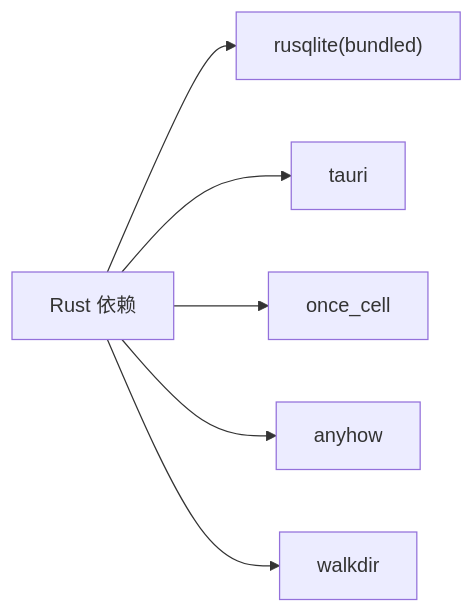
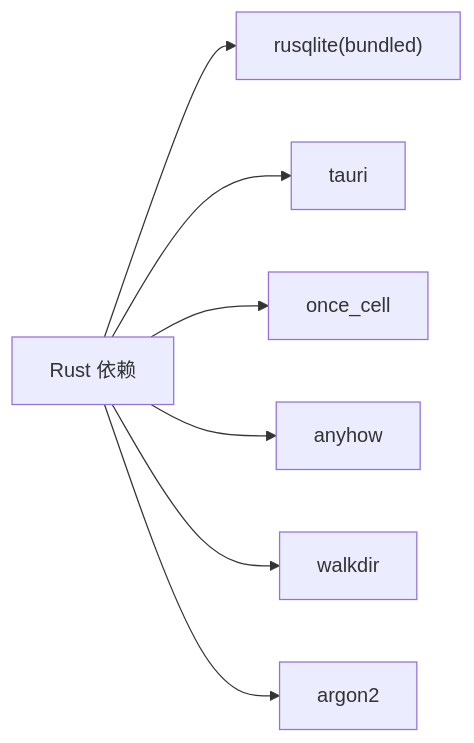
Before and after one commit to YLee9527/Medex: the sixth of 6 diagrams in doc/repowiki/zh/content/后端开发/数据库设计.md, drawn with Mermaid. The commit also changed other lines of this file and 31 other files, not shown here.

First line of the commit message:
docs(doc): 添加部署脚本、锁屏功能、发布指南及设置按钮图标文档

````diff
--- a/doc/repowiki/zh/content/后端开发/数据库设计.md
+++ b/doc/repowiki/zh/content/后端开发/数据库设计.md
@@ -303,14 +372,16 @@
 ```mermaid
 graph LR
 RUST["Rust 依赖"]
 RSQ["rusqlite(bundled)"]
 TAU["tauri"]
 OC["once_cell"]
 ANY["anyhow"]
 WD["walkdir"]
+ARG["argon2"]
 RUST --> RSQ
 RUST --> TAU
 RUST --> OC
 RUST --> ANY
 RUST --> WD
+RUST --> ARG
 ```
````
